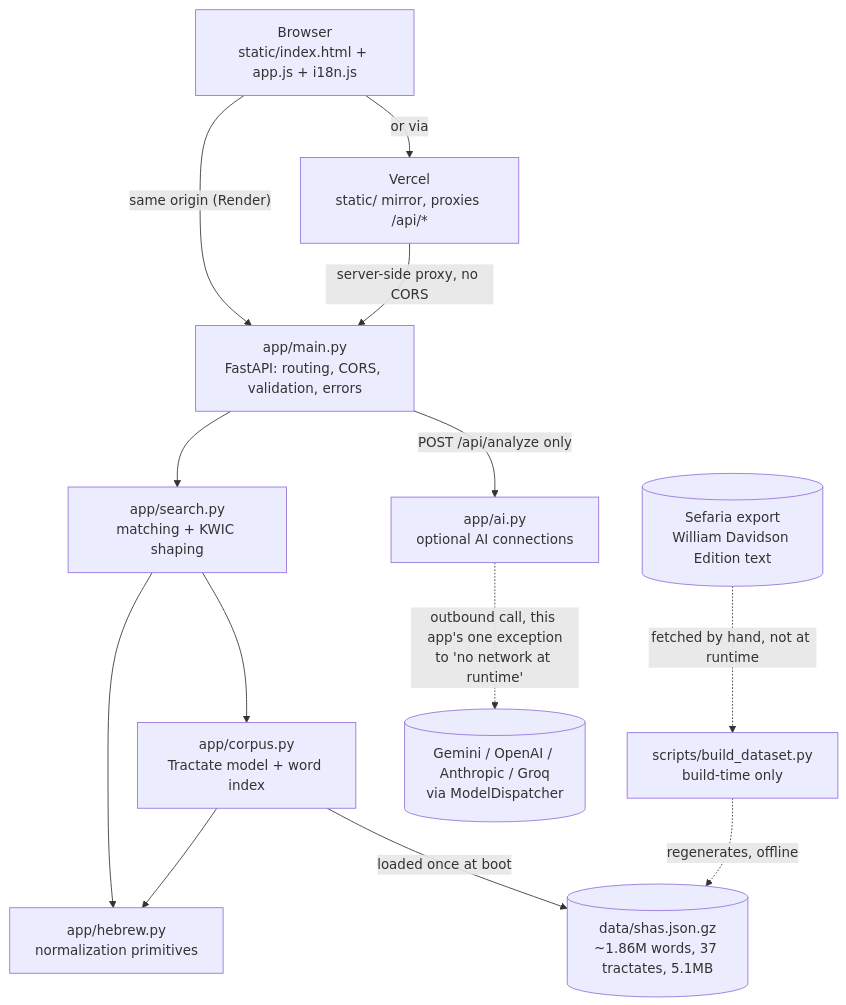
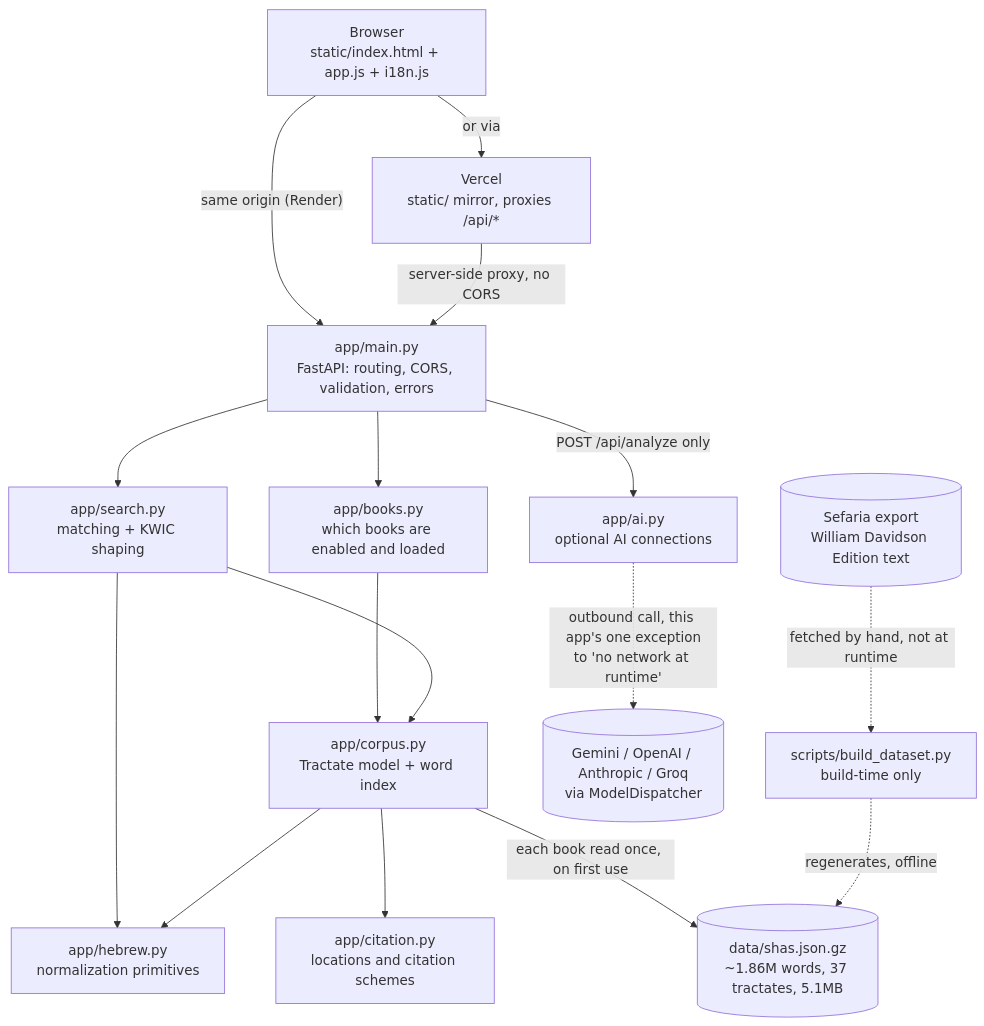
One commit to joka-7/shas-radar changed the first of 2 diagrams in docs/HLD.md. Above: the diagram before and after it, drawn with Mermaid. The commit also changed other lines of this file and 16 other files, not shown here.

First line of the commit message:
feat(books): add a book parameter, /api/books and a book picker

````diff
--- a/docs/HLD.md
+++ b/docs/HLD.md
@@ -43,27 +43,32 @@
 ```mermaid
 flowchart TD
     Browser["Browser<br/>static/index.html + app.js + i18n.js"]
     Vercel["Vercel<br/>static/ mirror, proxies /api/*"]
     Main["app/main.py<br/>FastAPI: routing, CORS, validation, errors"]
     Search["app/search.py<br/>matching + KWIC shaping"]
+    Books["app/books.py<br/>which books are enabled and loaded"]
+    Citation["app/citation.py<br/>locations and citation schemes"]
     Corpus["app/corpus.py<br/>Tractate model + word index"]
     Hebrew["app/hebrew.py<br/>normalization primitives"]
     AI["app/ai.py<br/>optional AI connections"]
     Data[("data/shas.json.gz<br/>~1.86M words, 37 tractates, 5.1MB")]
     Build["scripts/build_dataset.py<br/>build-time only"]
     Sefaria[("Sefaria export<br/>William Davidson Edition text")]
     Vendor[("Gemini / OpenAI / Anthropic / Groq<br/>via ModelDispatcher")]
 
     Browser -->|"same origin (Render)"| Main
     Browser -->|"or via"| Vercel
     Vercel -->|"server-side proxy, no CORS"| Main
     Main --> Search
+    Main --> Books
+    Books --> Corpus
     Main -->|"POST /api/analyze only"| AI
     Search --> Corpus
     Search --> Hebrew
     Corpus --> Hebrew
-    Corpus -->|"loaded once at boot"| Data
+    Corpus --> Citation
+    Corpus -->|"each book read once, on first use"| Data
     AI -.->|"outbound call, this app's one exception<br/>to 'no network at runtime'"| Vendor
     Build -.->|"regenerates, offline"| Data
     Sefaria -.->|"fetched by hand, not at runtime"| Build
 ```
````
